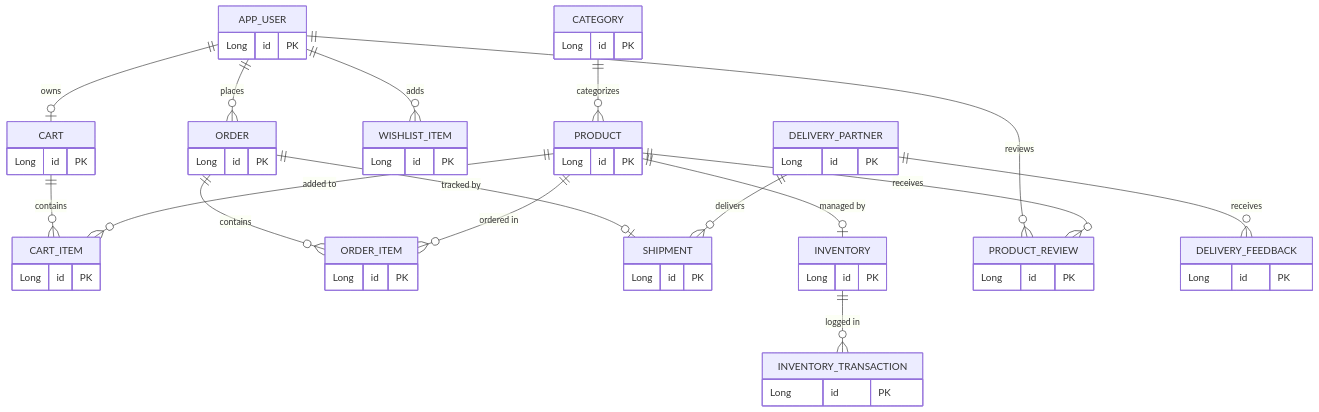
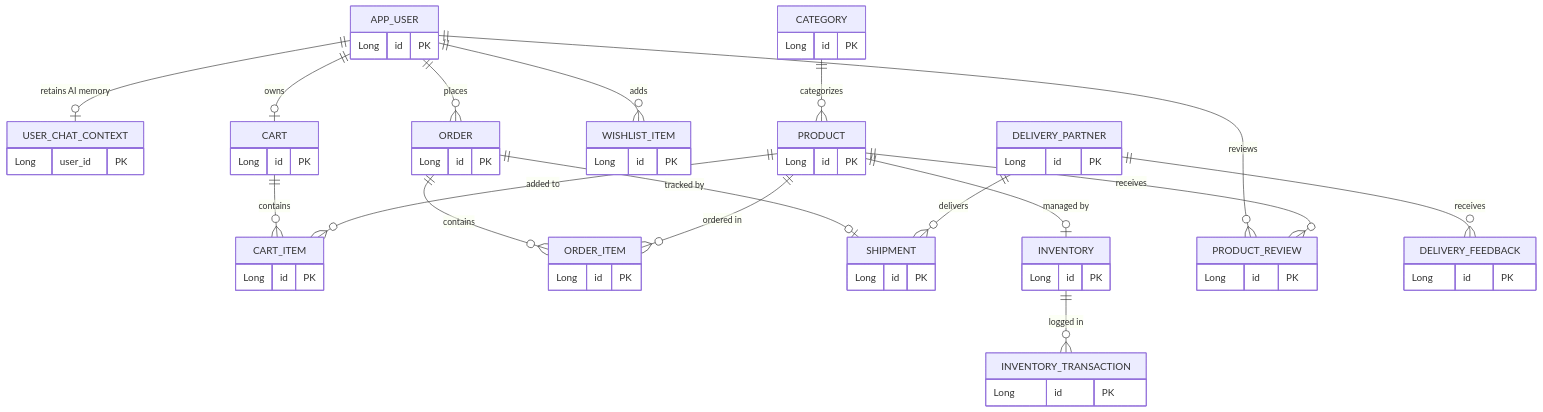
One commit to Debmalya-1101/Shopping-Cart-BE changed the diagram in README.md. Above: the diagram before and after it, drawn with Mermaid. The commit also changed other lines of this file and 14 other files, not shown here.

````diff
--- a/README.md
+++ b/README.md
@@ -87,61 +109,65 @@
 ```mermaid
 erDiagram
     APP_USER {
         Long id PK
+    }
+    USER_CHAT_CONTEXT {
+        Long user_id PK
     }
     ORDER {
         Long id PK
     }
     CART {
         Long id PK
     }
     CART_ITEM {
         Long id PK
     }
     WISHLIST_ITEM {
         Long id PK
     }
     ORDER_ITEM {
         Long id PK
     }
     SHIPMENT {
         Long id PK
     }
     PRODUCT {
         Long id PK
     }
     CATEGORY {
         Long id PK
     }
     INVENTORY {
         Long id PK
     }
     INVENTORY_TRANSACTION {
         Long id PK
     }
     DELIVERY_PARTNER {
         Long id PK
     }
     PRODUCT_REVIEW {
         Long id PK
     }
     DELIVERY_FEEDBACK {
         Long id PK
     }
 
+    APP_USER ||--o| USER_CHAT_CONTEXT : "retains AI memory"
     APP_USER ||--o| CART : "owns"
     APP_USER ||--o{ WISHLIST_ITEM : "adds"
     APP_USER ||--o{ ORDER : "places"
     CART ||--o{ CART_ITEM : "contains"
     ORDER ||--o{ ORDER_ITEM : "contains"
     ORDER ||--o| SHIPMENT : "tracked by"
     PRODUCT ||--o{ ORDER_ITEM : "ordered in"
     PRODUCT ||--o{ CART_ITEM : "added to"
     CATEGORY ||--o{ PRODUCT : "categorizes"
     PRODUCT ||--o| INVENTORY : "managed by"
     INVENTORY ||--o{ INVENTORY_TRANSACTION : "logged in"
     DELIVERY_PARTNER ||--o{ SHIPMENT : "delivers"
     APP_USER ||--o{ PRODUCT_REVIEW : "reviews"
     PRODUCT ||--o{ PRODUCT_REVIEW : "receives"
     DELIVERY_PARTNER ||--o{ DELIVERY_FEEDBACK : "receives"
 ```
````
